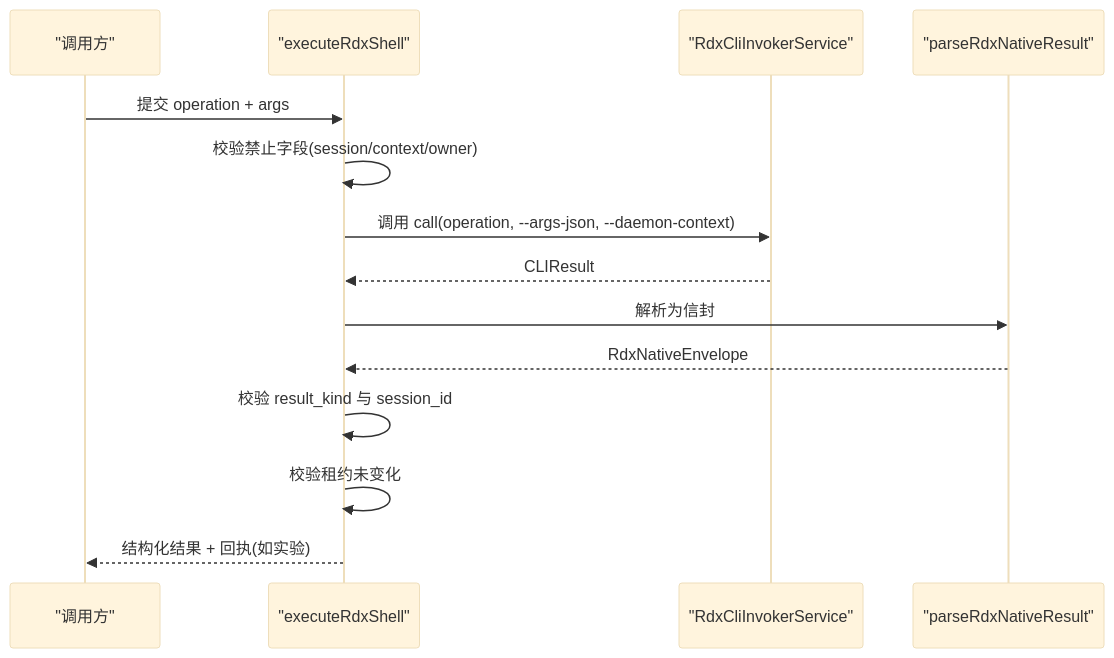
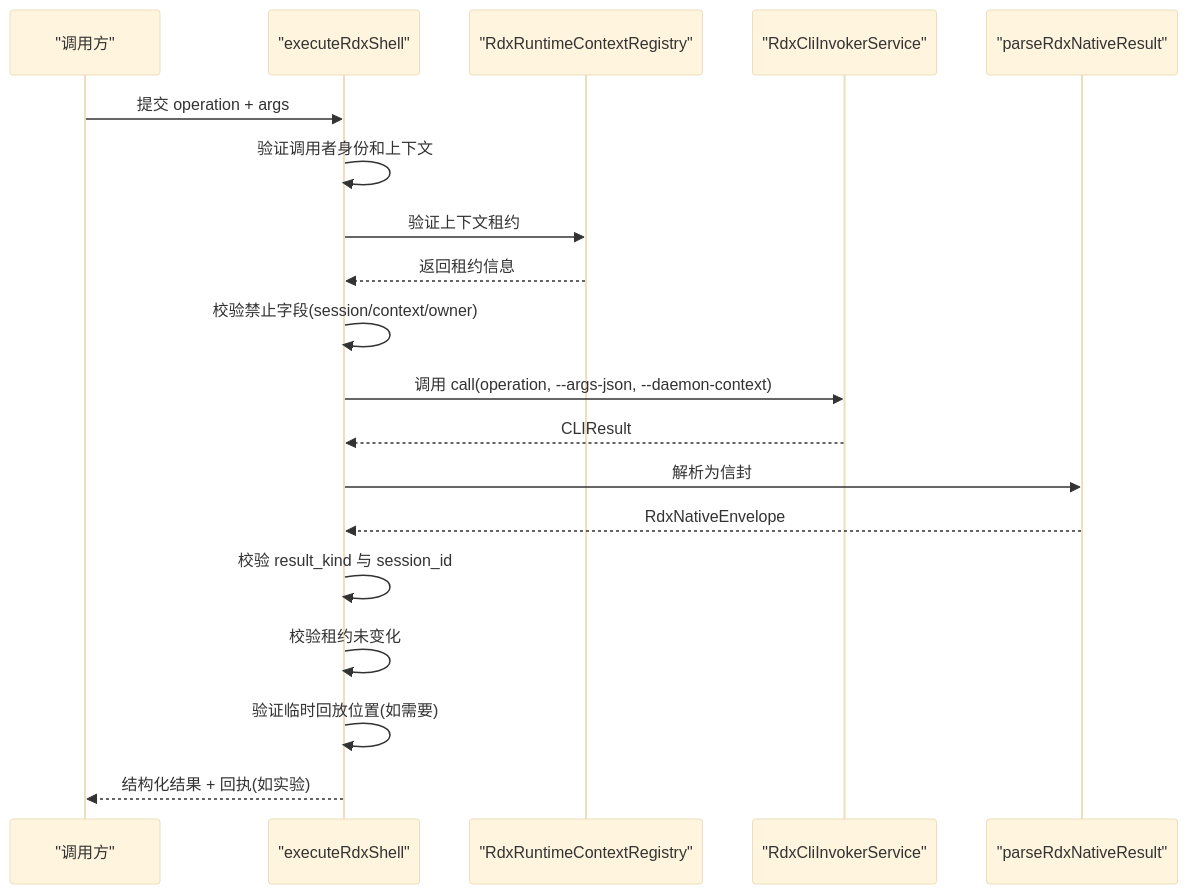
The fourth of 5 diagrams in .qoder/repowiki/zh/content/架构设计/核心组件设计/CLI调用器设计/原生协议定义.md (haolange/RDC-Agent), drawn with Mermaid (base theme) before and after one commit. The commit also changed other lines of this file and 221 other files, not shown here.

````diff
--- a/.qoder/repowiki/zh/content/架构设计/核心组件设计/CLI调用器设计/原生协议定义.md
+++ b/.qoder/repowiki/zh/content/架构设计/核心组件设计/CLI调用器设计/原生协议定义.md
@@ -174,16 +216,21 @@
 ```mermaid
 sequenceDiagram
 participant Caller as "调用方"
 participant Shell as "executeRdxShell"
+participant Registry as "RdxRuntimeContextRegistry"
 participant Invoker as "RdxCliInvokerService"
 participant Parser as "parseRdxNativeResult"
 Caller->>Shell : 提交 operation + args
+Shell->>Shell : 验证调用者身份和上下文
+Shell->>Registry : 验证上下文租约
+Registry-->>Shell : 返回租约信息
 Shell->>Shell : 校验禁止字段(session/context/owner)
 Shell->>Invoker : 调用 call(operation, --args-json, --daemon-context)
 Invoker-->>Shell : CLIResult
 Shell->>Parser : 解析为信封
 Parser-->>Shell : RdxNativeEnvelope
 Shell->>Shell : 校验 result_kind 与 session_id
 Shell->>Shell : 校验租约未变化
+Shell->>Shell : 验证临时回放位置(如需要)
 Shell-->>Caller : 结构化结果 + 回执(如实验)
 ```
````
